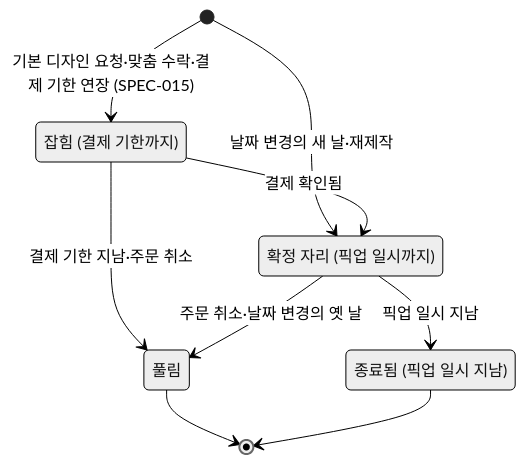
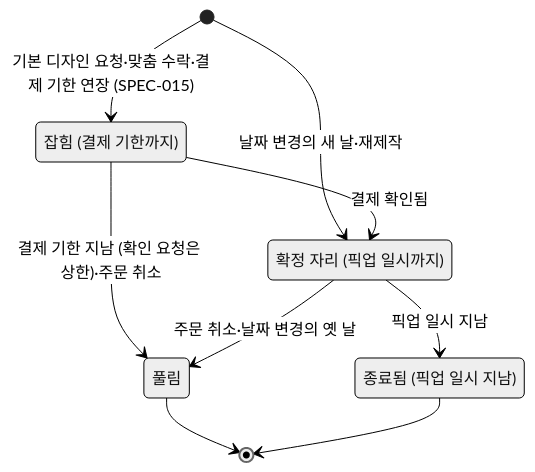
The fourth of 8 diagrams in docs/04-functional-spec/spec.md (kodonghui/siljang.ai), drawn with Mermaid (neutral theme) before and after one commit. The commit also changed other lines of this file and 13 other files, not shown here.

````diff
--- a/docs/04-functional-spec/spec.md
+++ b/docs/04-functional-spec/spec.md
@@ -137,15 +146,15 @@
 ```mermaid
 stateDiagram-v2
   state "잡힘 (결제 기한까지)" as held
   state "확정 자리 (픽업 일시까지)" as fixed
   state "풀림" as released
   state "종료됨 (픽업 일시 지남)" as done
   [*] --> held: 기본 디자인 요청·맞춤 수락·결제 기한 연장 (SPEC-015)
   [*] --> fixed: 날짜 변경의 새 날·재제작
   held --> fixed: 결제 확인됨
-  held --> released: 결제 기한 지남·주문 취소
+  held --> released: 결제 기한 지남 (확인 요청은 상한)·주문 취소
   fixed --> released: 주문 취소·날짜 변경의 옛 날
   fixed --> done: 픽업 일시 지남
   released --> [*]
   done --> [*]
 ```
````
